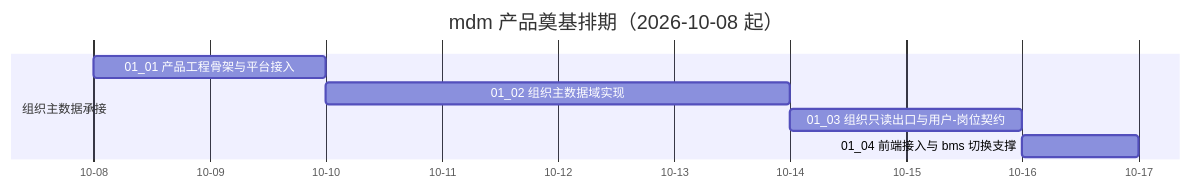
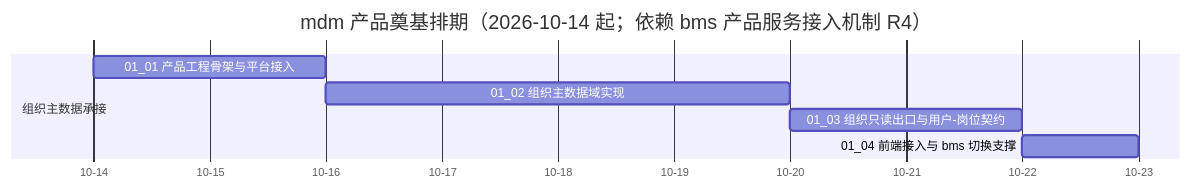
One commit to minjian123/master-data-management changed the diagram in mdm文档/项目/01_mdm 产品奠基/计划/01_计划_mdm产品奠基.md. Above: the diagram before and after it, drawn with Mermaid. The commit also changed other lines of this file and 1 other file, not shown here.

Commit message:
docs(计划): mdm 阶段一计划补跨仓依赖（bms 需求域十二）与排期顺延

````diff
--- a/mdm文档/项目/01_mdm 产品奠基/计划/01_计划_mdm产品奠基.md
+++ b/mdm文档/项目/01_mdm 产品奠基/计划/01_计划_mdm产品奠基.md
@@ -33,11 +34,11 @@
 ```mermaid
 gantt
-    title mdm 产品奠基排期（2026-10-08 起）
+    title mdm 产品奠基排期（2026-10-14 起；依赖 bms 产品服务接入机制 R4）
     dateFormat  YYYY-MM-DD
     axisFormat %m-%d
     section 组织主数据承接
-    01_01 产品工程骨架与平台接入 :m0101, 2026-10-08, 2d
-    01_02 组织主数据域实现 :m0102, 2026-10-10, 4d
-    01_03 组织只读出口与用户-岗位契约 :m0103, 2026-10-14, 2d
-    01_04 前端接入与 bms 切换支撑 :m0104, 2026-10-16, 1d
+    01_01 产品工程骨架与平台接入 :m0101, 2026-10-14, 2d
+    01_02 组织主数据域实现 :m0102, 2026-10-16, 4d
+    01_03 组织只读出口与用户-岗位契约 :m0103, 2026-10-20, 2d
+    01_04 前端接入与 bms 切换支撑 :m0104, 2026-10-22, 1d
 ```
````
